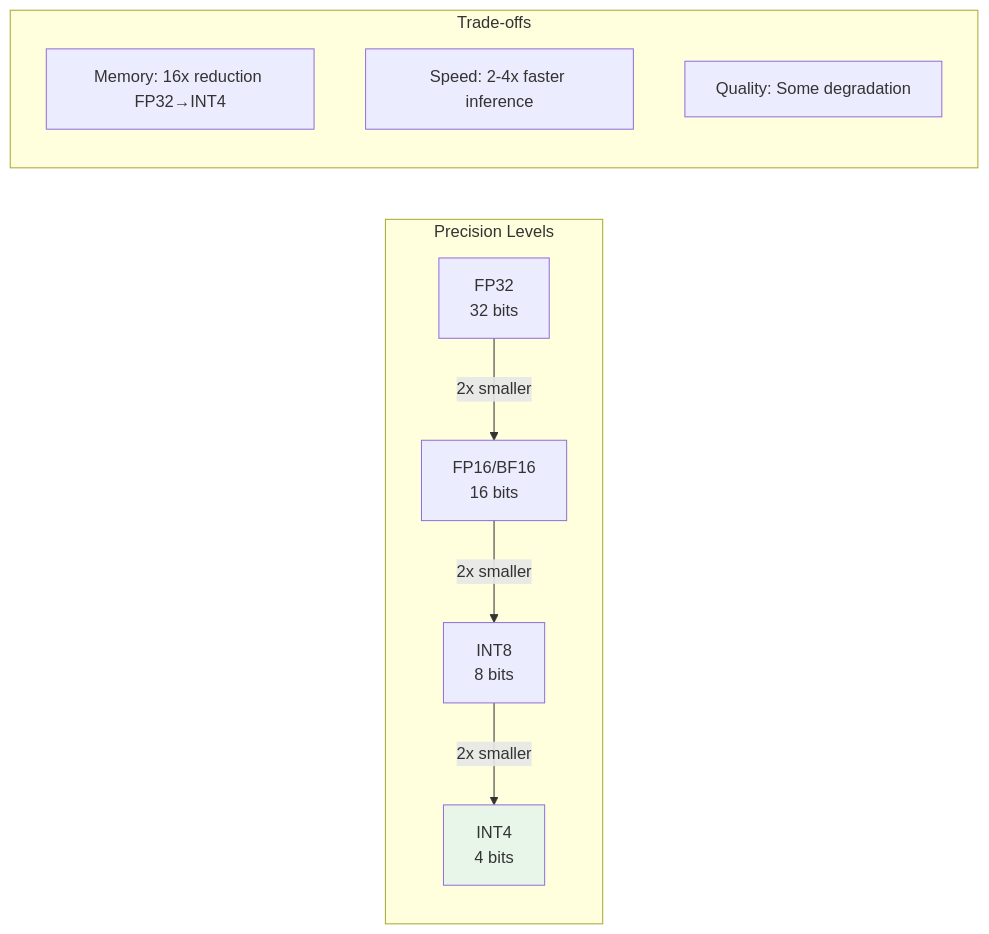
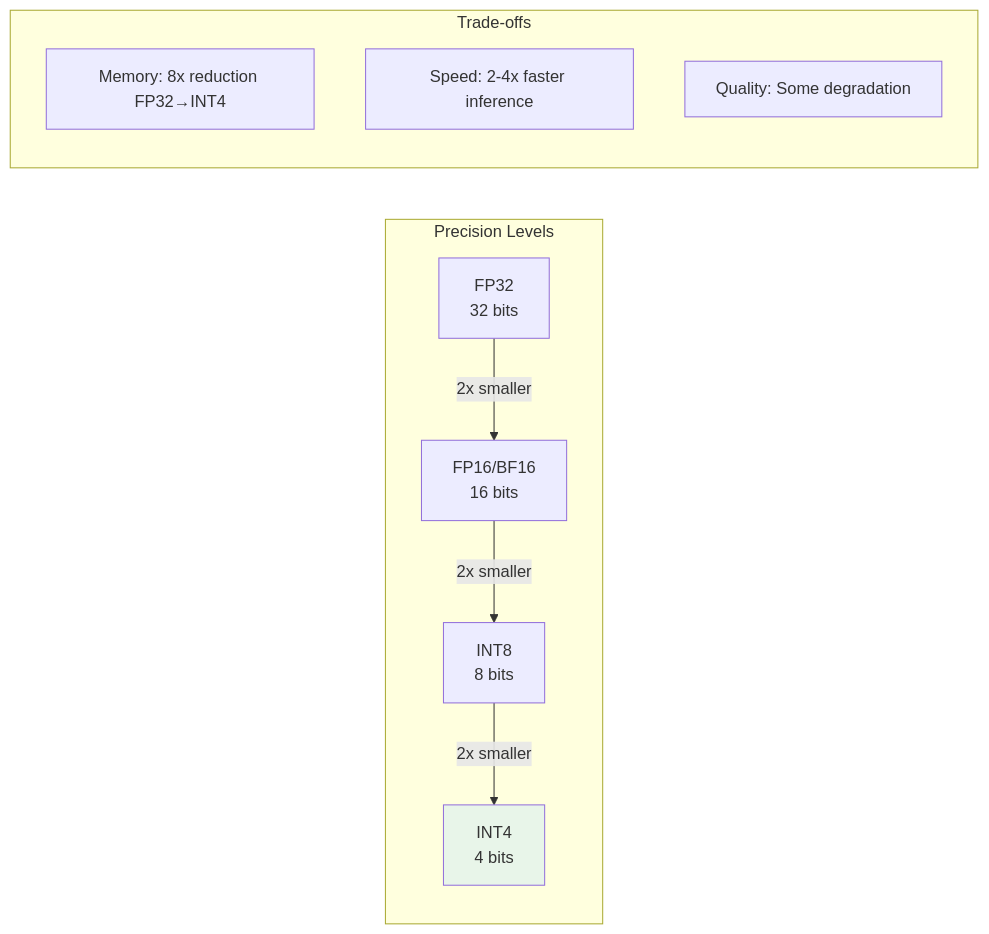
One commit to AbhinaavRamesh/handbook changed the third of 5 diagrams in docs/genai/llm-foundations/inference-optimization.md. Above: the diagram before and after it, drawn with Mermaid. The commit also changed other lines of this file and 25 other files, not shown here.

````diff
--- a/docs/genai/llm-foundations/inference-optimization.md
+++ b/docs/genai/llm-foundations/inference-optimization.md
@@ -328,21 +328,21 @@
 ```mermaid
 flowchart LR
     subgraph Precision["Precision Levels"]
         A[FP32<br/>32 bits]
         B[FP16/BF16<br/>16 bits]
         C[INT8<br/>8 bits]
         D[INT4<br/>4 bits]
     end
 
     A -->|2x smaller| B
     B -->|2x smaller| C
     C -->|2x smaller| D
 
     subgraph Tradeoff["Trade-offs"]
-        E["Memory: 16x reduction FP32→INT4"]
+        E["Memory: 8x reduction FP32→INT4"]
         F["Speed: 2-4x faster inference"]
         G["Quality: Some degradation"]
     end
 
     style D fill:#e8f5e9
 ```
````
